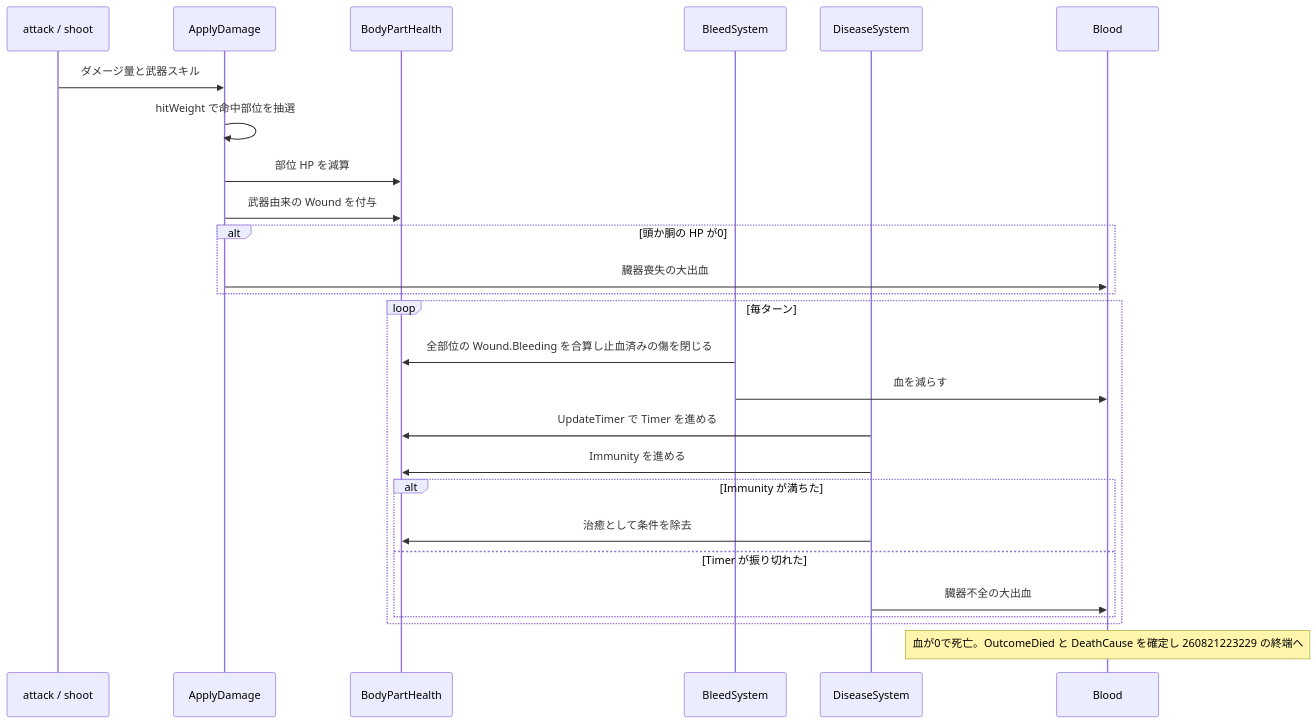
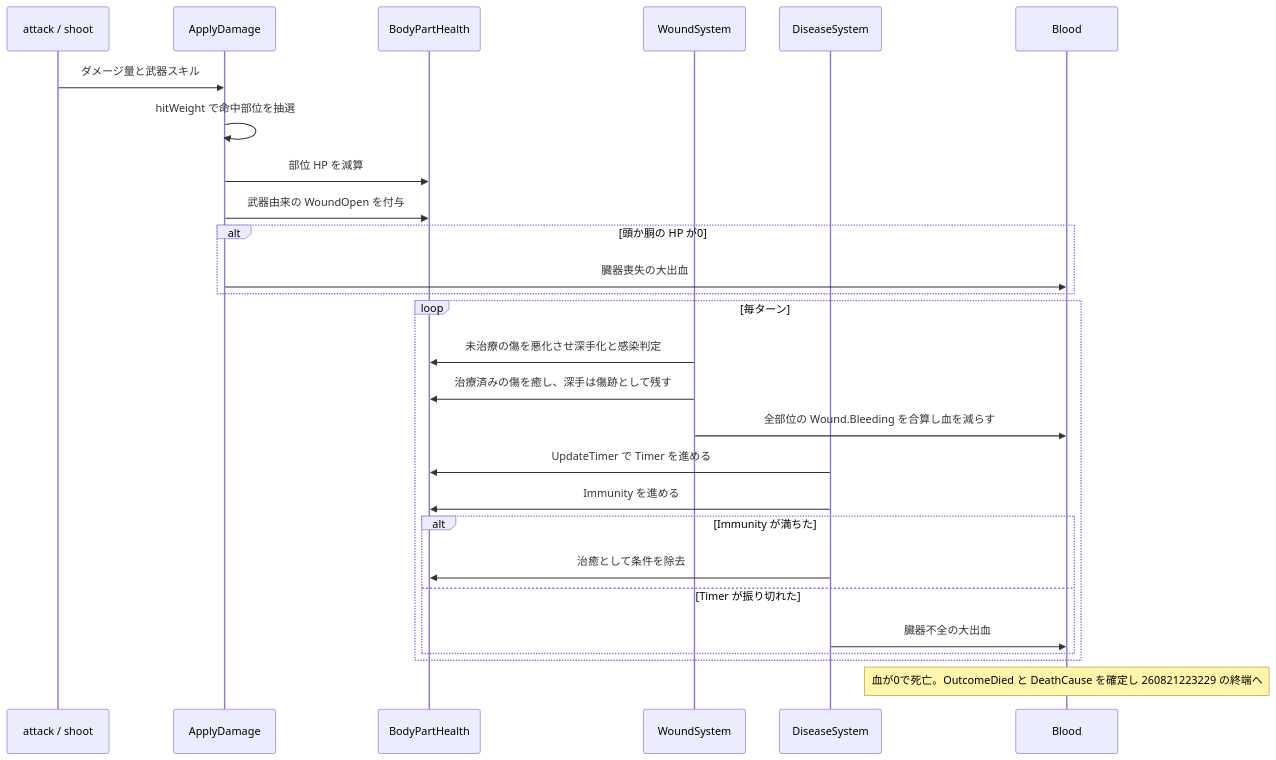
One commit to kijimad/ruins changed the second of 2 diagrams in docs/design/260821232324.md. Above: the diagram before and after it, drawn with Mermaid. The commit also changed other lines of this file and 1 other file, not shown here.

````diff
--- a/docs/design/260821232324.md
+++ b/docs/design/260821232324.md
@@ -115,29 +127,30 @@
 ```mermaid
 sequenceDiagram
     participant AT as attack / shoot
     participant AD as ApplyDamage
     participant BP as BodyPartHealth
-    participant BS as BleedSystem
+    participant WS as WoundSystem
     participant DS as DiseaseSystem
     participant BL as Blood
 
     AT->>AD: ダメージ量と武器スキル
     AD->>AD: hitWeight で命中部位を抽選
     AD->>BP: 部位 HP を減算
-    AD->>BP: 武器由来の Wound を付与
+    AD->>BP: 武器由来の WoundOpen を付与
     alt 頭か胴の HP が0
         AD->>BL: 臓器喪失の大出血
     end
     loop 毎ターン
-        BS->>BP: 全部位の Wound.Bleeding を合算し止血済みの傷を閉じる
-        BS->>BL: 血を減らす
+        WS->>BP: 未治療の傷を悪化させ深手化と感染判定
+        WS->>BP: 治療済みの傷を癒し、深手は傷跡として残す
+        WS->>BL: 全部位の Wound.Bleeding を合算し血を減らす
         DS->>BP: UpdateTimer で Timer を進める
         DS->>BP: Immunity を進める
         alt Immunity が満ちた
             DS->>BP: 治癒として条件を除去
         else Timer が振り切れた
             DS->>BL: 臓器不全の大出血
         end
     end
     Note over BL: 血が0で死亡。OutcomeDied と DeathCause を確定し 260821223229 の終端へ
 ```
````
